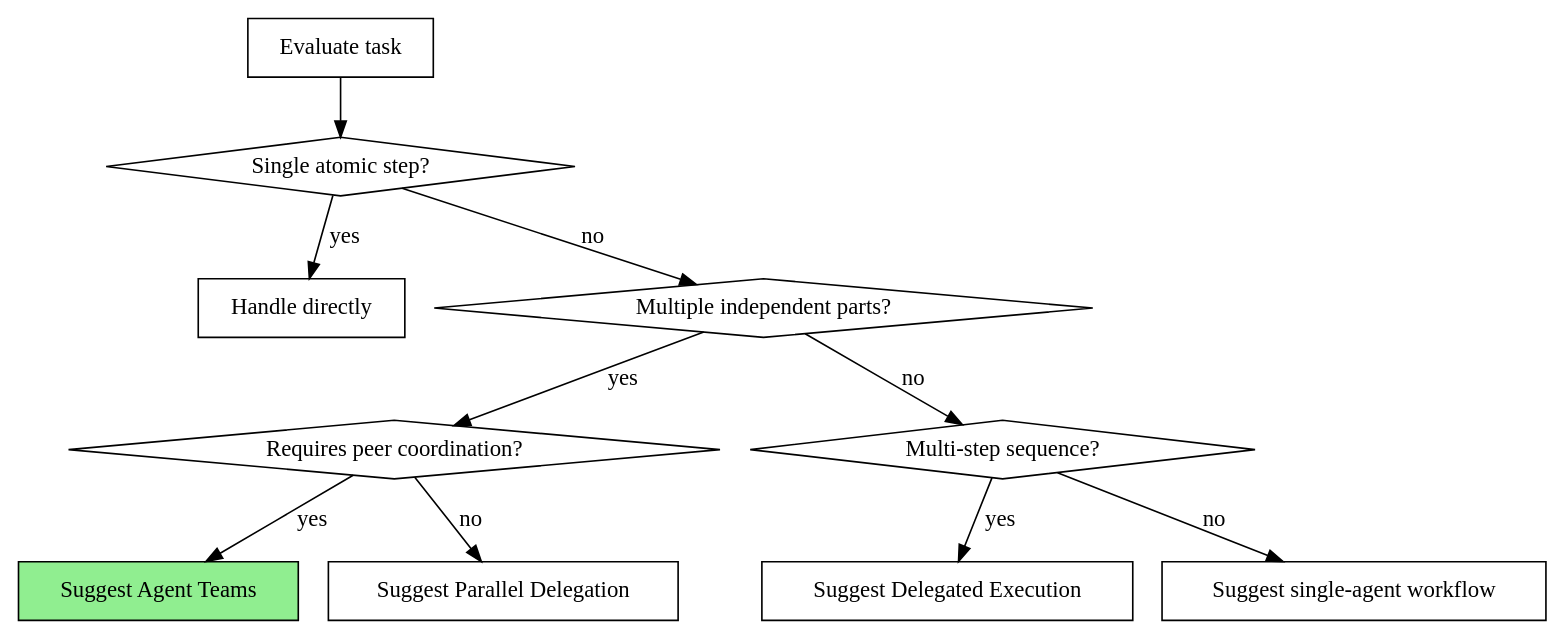
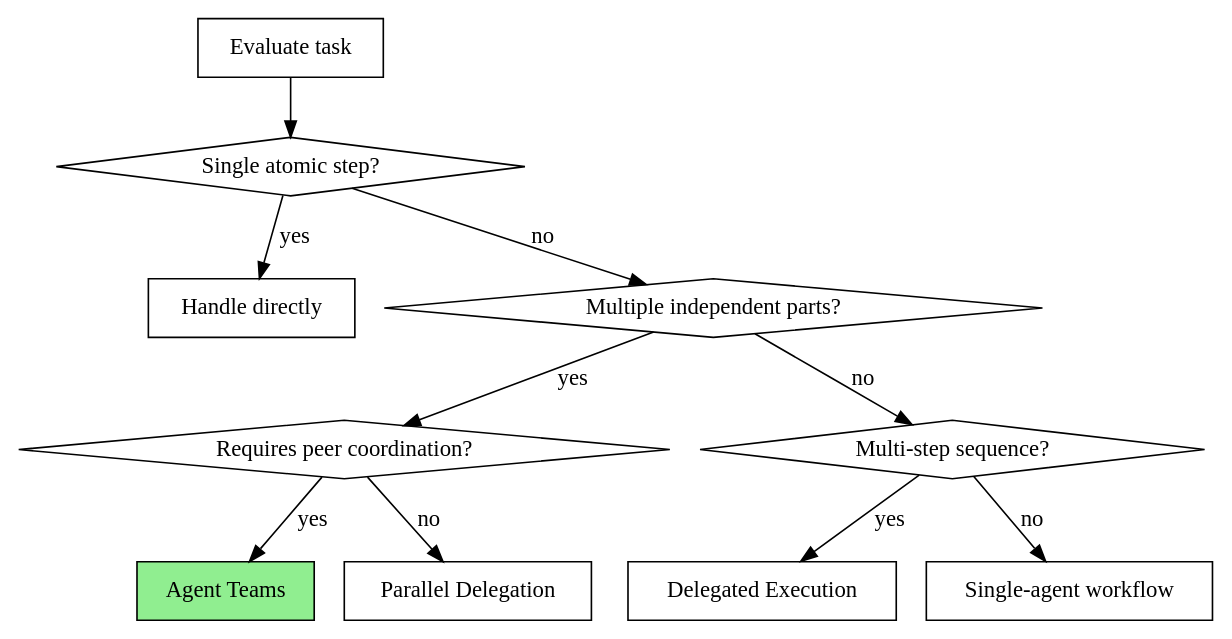
One commit to themattkeenan/ascension changed the diagram in skills/activation/SKILL.md. Above: the diagram before and after it, drawn with Graphviz. The commit also changed other lines of this file and 73 other files, not shown here.

````diff
--- a/skills/activation/SKILL.md
+++ b/skills/activation/SKILL.md
@@ -113,24 +73,24 @@
 ```dot
 digraph execution_guidance {
     "Evaluate task" [shape=box];
     "Single atomic step?" [shape=diamond];
     "Handle directly" [shape=box];
     "Multiple independent parts?" [shape=diamond];
     "Requires peer coordination?" [shape=diamond];
-    "Suggest Agent Teams" [shape=box style=filled fillcolor=lightgreen];
-    "Suggest Parallel Delegation" [shape=box];
+    "Agent Teams" [shape=box style=filled fillcolor=lightgreen];
+    "Parallel Delegation" [shape=box];
     "Multi-step sequence?" [shape=diamond];
-    "Suggest Delegated Execution" [shape=box];
-    "Suggest single-agent workflow" [shape=box];
+    "Delegated Execution" [shape=box];
+    "Single-agent workflow" [shape=box];
 
     "Evaluate task" -> "Single atomic step?";
     "Single atomic step?" -> "Handle directly" [label="yes"];
     "Single atomic step?" -> "Multiple independent parts?" [label="no"];
     "Multiple independent parts?" -> "Requires peer coordination?" [label="yes"];
     "Multiple independent parts?" -> "Multi-step sequence?" [label="no"];
-    "Requires peer coordination?" -> "Suggest Agent Teams" [label="yes"];
-    "Requires peer coordination?" -> "Suggest Parallel Delegation" [label="no"];
-    "Multi-step sequence?" -> "Suggest Delegated Execution" [label="yes"];
-    "Multi-step sequence?" -> "Suggest single-agent workflow" [label="no"];
+    "Requires peer coordination?" -> "Agent Teams" [label="yes"];
+    "Requires peer coordination?" -> "Parallel Delegation" [label="no"];
+    "Multi-step sequence?" -> "Delegated Execution" [label="yes"];
+    "Multi-step sequence?" -> "Single-agent workflow" [label="no"];
 }
 ```
````
